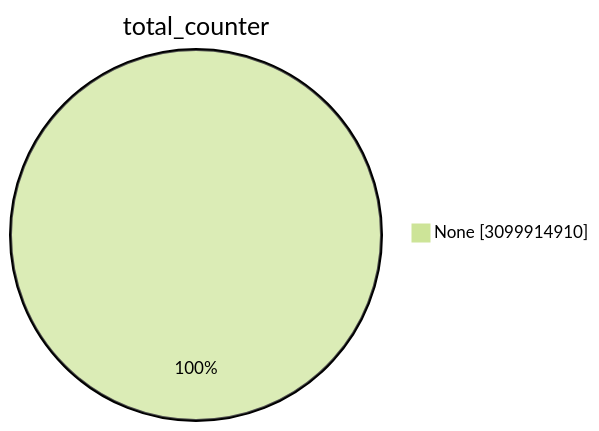
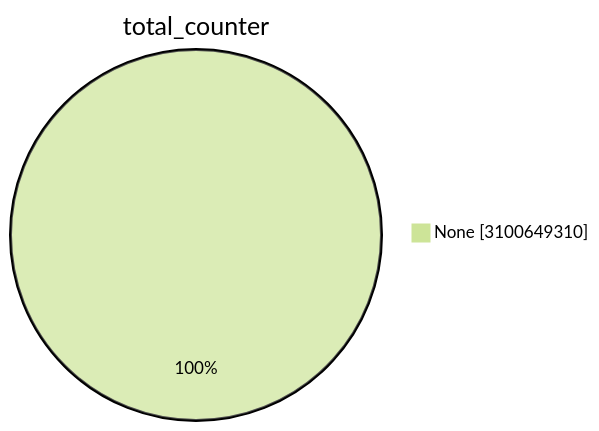
Before and after one commit to christiankrug/ctmonitor_visualization: the first of 15 diagrams in TOTAL/README.md, drawn with Mermaid (forest theme). The commit also changed other lines of this file, not shown here.

````diff
--- a/TOTAL/README.md
+++ b/TOTAL/README.md
@@ -1,5 +1,5 @@
 ```mermaid
 pie showData
 title total_counter
-"None" :3099914910
+"None" :3100649310
 ```
````
